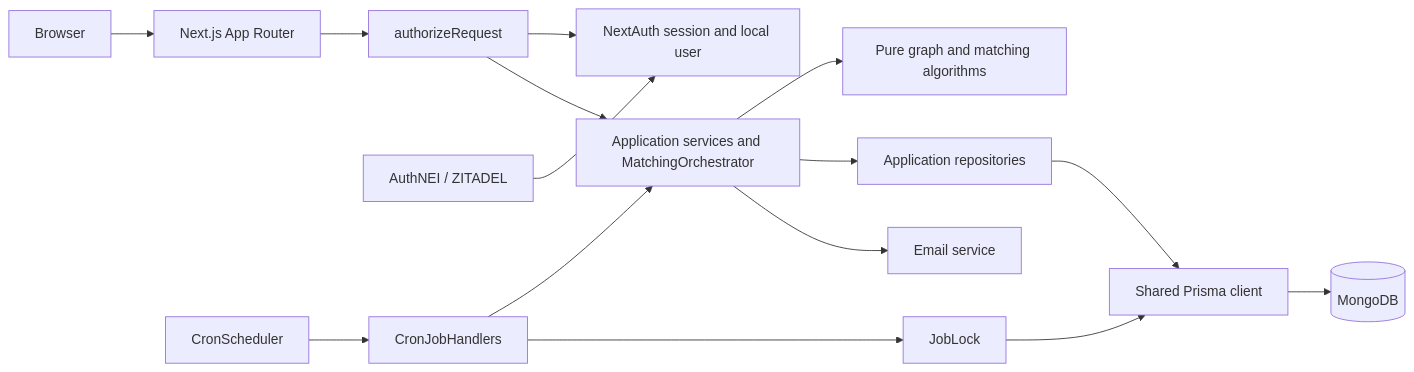
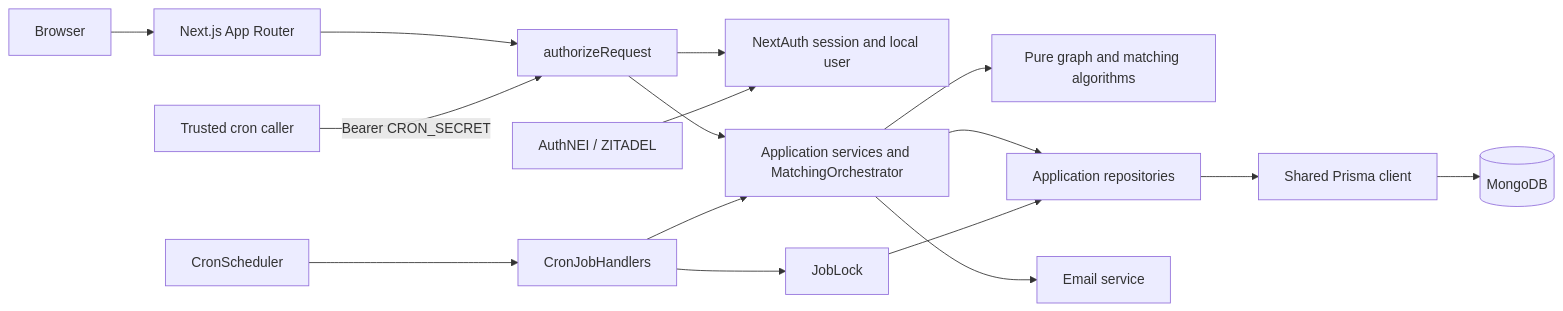
Before and after one commit to Nucleo-Estudantes-Informatica-ISEP/unclassed: the diagram in docs/architecture.md, drawn with Mermaid. The commit also changed 2 other files, not shown here.

Commit message:
docs: address architecture review details

````diff
--- a/docs/architecture.md
+++ b/docs/architecture.md
@@ -5,17 +5,18 @@
 ```mermaid
 flowchart LR
     Browser[Browser] --> App[Next.js App Router]
     App --> Access[authorizeRequest]
+    CronCaller[Trusted cron caller] -->|Bearer CRON_SECRET| Access
     Access --> Session[NextAuth session and local user]
     OIDC[AuthNEI / ZITADEL] --> Session
     Access --> Application[Application services and MatchingOrchestrator]
     Scheduler[CronScheduler] --> Handlers[CronJobHandlers]
     Handlers --> Application
     Handlers --> Locks[JobLock]
     Application --> Domain[Pure graph and matching algorithms]
     Application --> Repos[Application repositories]
     Application --> Mail[Email service]
     Repos --> Prisma[Shared Prisma client]
-    Locks --> Prisma
+    Locks --> Repos
     Prisma --> Mongo[(MongoDB)]
 ```
````
